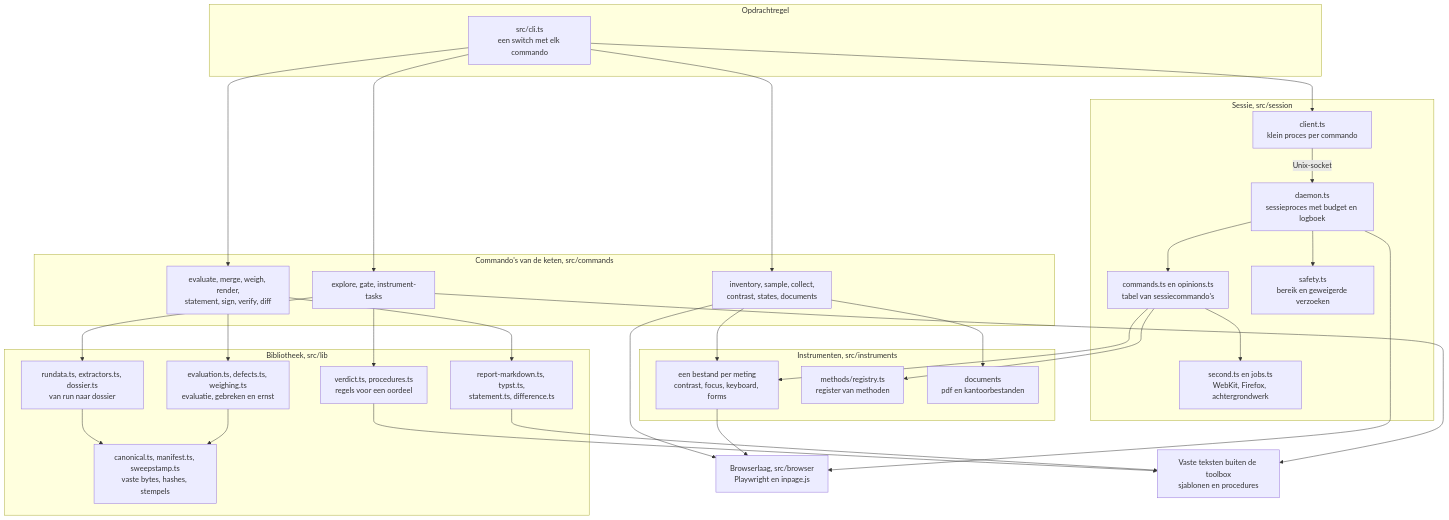
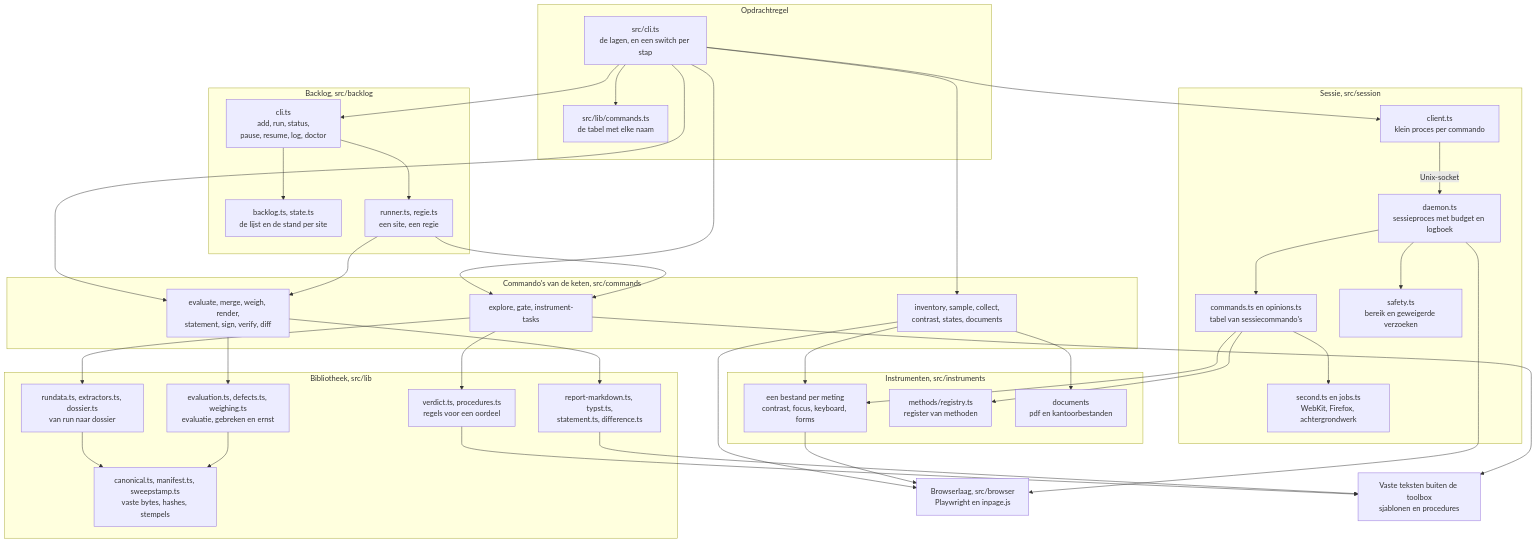
The second of 3 diagrams in docs/architectuur.md (NederlandseDigitaleDienst/loep), drawn with Mermaid before and after one commit. The commit also changed other lines of this file and 36 other files, not shown here.

First line of the commit message:
De backlog is een laag van de toolbox, met de werkwoorden bovenaan de opdrachtregel

````diff
--- a/docs/architectuur.md
+++ b/docs/architectuur.md
@@ -169,57 +169,69 @@
 ```mermaid
 flowchart TD
   subgraph regel["Opdrachtregel"]
-    cli["src/cli.ts<br/>een switch met elk commando"]
+    cli["src/cli.ts<br/>de lagen, en een switch per stap"]
+    tabel["src/lib/commands.ts<br/>de tabel met elke naam"]
+  end
+  subgraph backlog["Backlog, src/backlog"]
+    lijst["backlog.ts, state.ts<br/>de lijst en de stand per site"]
+    loper["runner.ts, regie.ts<br/>een site, een regie"]
+    poort["cli.ts<br/>add, run, status,<br/>pause, resume, log, doctor"]
   end
   subgraph commandos["Commando's van de keten, src/commands"]
     meten["inventory, sample, collect,<br/>contrast, states, documents"]
     sturen["explore, gate, instrument-tasks"]
     afmaken["evaluate, merge, weigh, render,<br/>statement, sign, verify, diff"]
   end
   subgraph sessie["Sessie, src/session"]
     client["client.ts<br/>klein proces per commando"]
     daemon["daemon.ts<br/>sessieproces met budget en logboek"]
     cmds["commands.ts en opinions.ts<br/>tabel van sessiecommando's"]
     veilig["safety.ts<br/>bereik en geweigerde verzoeken"]
     tweede["second.ts en jobs.ts<br/>WebKit, Firefox, achtergrondwerk"]
   end
   subgraph instrumenten["Instrumenten, src/instruments"]
     proeven["een bestand per meting<br/>contrast, focus, keyboard, forms"]
     register["methods/registry.ts<br/>register van methoden"]
     docs["documents<br/>pdf en kantoorbestanden"]
   end
   subgraph bibliotheek["Bibliotheek, src/lib"]
     dossier["rundata.ts, extractors.ts, dossier.ts<br/>van run naar dossier"]
     oordeel["verdict.ts, procedures.ts<br/>regels voor een oordeel"]
     evaluatie["evaluation.ts, defects.ts, weighing.ts<br/>evaluatie, gebreken en ernst"]
     rapport["report-markdown.ts, typst.ts,<br/>statement.ts, difference.ts"]
     vast["canonical.ts, manifest.ts, sweepstamp.ts<br/>vaste bytes, hashes, stempels"]
   end
   browser["Browserlaag, src/browser<br/>Playwright en inpage.js"]
   teksten["Vaste teksten buiten de toolbox<br/>sjablonen en procedures"]
 
+  cli --> tabel
   cli --> meten
   cli --> sturen
   cli --> afmaken
+  cli --> poort
   cli --> client
+  poort --> lijst
+  poort --> loper
+  loper --> sturen
+  loper --> afmaken
   client -->|"Unix-socket"| daemon
   daemon --> cmds
   daemon --> veilig
   cmds --> tweede
   cmds --> proeven
   cmds --> register
   meten --> proeven
   meten --> docs
   meten --> browser
   proeven --> browser
   daemon --> browser
   sturen --> dossier
   sturen --> oordeel
   sturen --> teksten
   afmaken --> evaluatie
   afmaken --> rapport
   oordeel --> teksten
   rapport --> teksten
   dossier --> vast
   evaluatie --> vast
 ```
````
